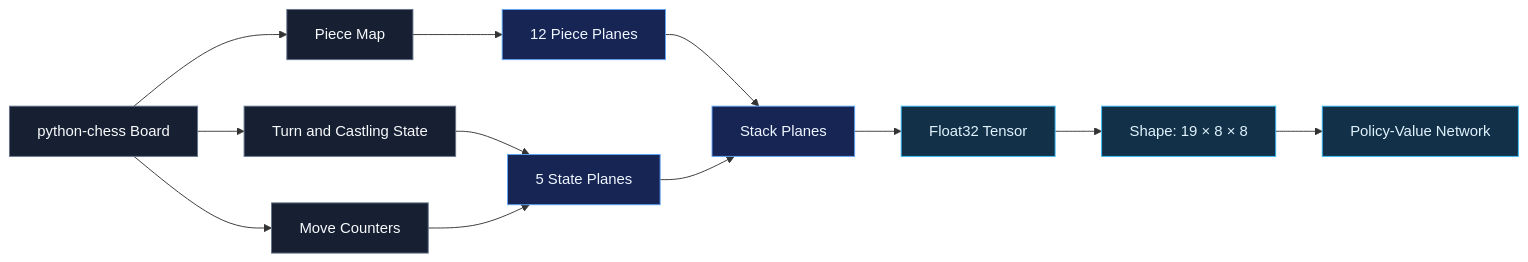
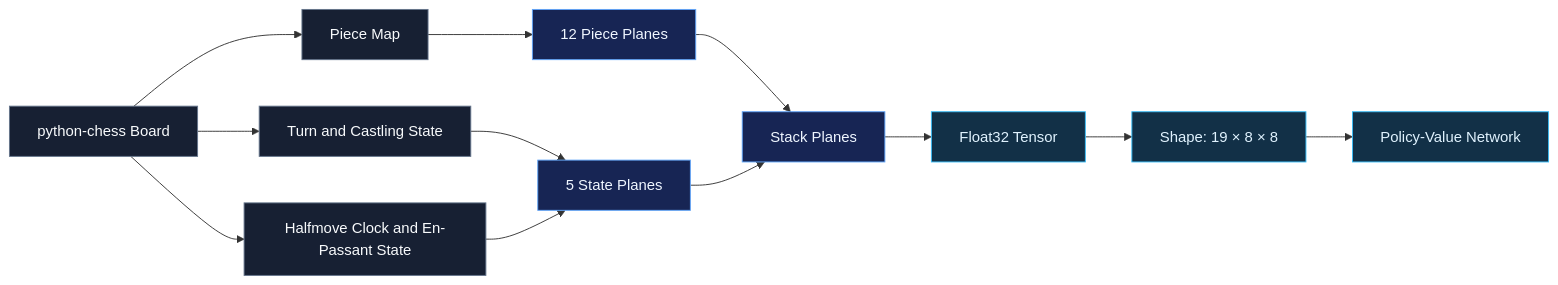
Before and after one commit to Nomusa990822/AlphaZero-Style-Chess-AI-Self-Play-Reinforcement-Learning-with-MCTS-and-Policy-Value-Networks: the second of 10 diagrams in README.md, drawn with Mermaid. The commit also changed other lines of this file, not shown here.

````diff
--- a/README.md
+++ b/README.md
@@ -236,23 +236,23 @@
 ```mermaid
 flowchart LR
     A["python-chess Board"] --> B["Piece Map"]
     A --> C["Turn and Castling State"]
-    A --> D["Move Counters"]
+    A --> D["Halfmove Clock and En-Passant State"]
 
     B --> E["12 Piece Planes"]
     C --> F["5 State Planes"]
     D --> F
 
     E --> G["Stack Planes"]
     F --> G
     G --> H["Float32 Tensor"]
     H --> I["Shape: 19 × 8 × 8"]
     I --> J["Policy-Value Network"]
 
     classDef source  fill:#172033,stroke:#64748b,color:#f8fafc
     classDef process fill:#172554,stroke:#60a5fa,color:#eff6ff
     classDef output  fill:#123047,stroke:#38bdf8,color:#e0f2fe
     class A,B,C,D source
     class E,F,G process
     class H,I,J output
 ```
````
